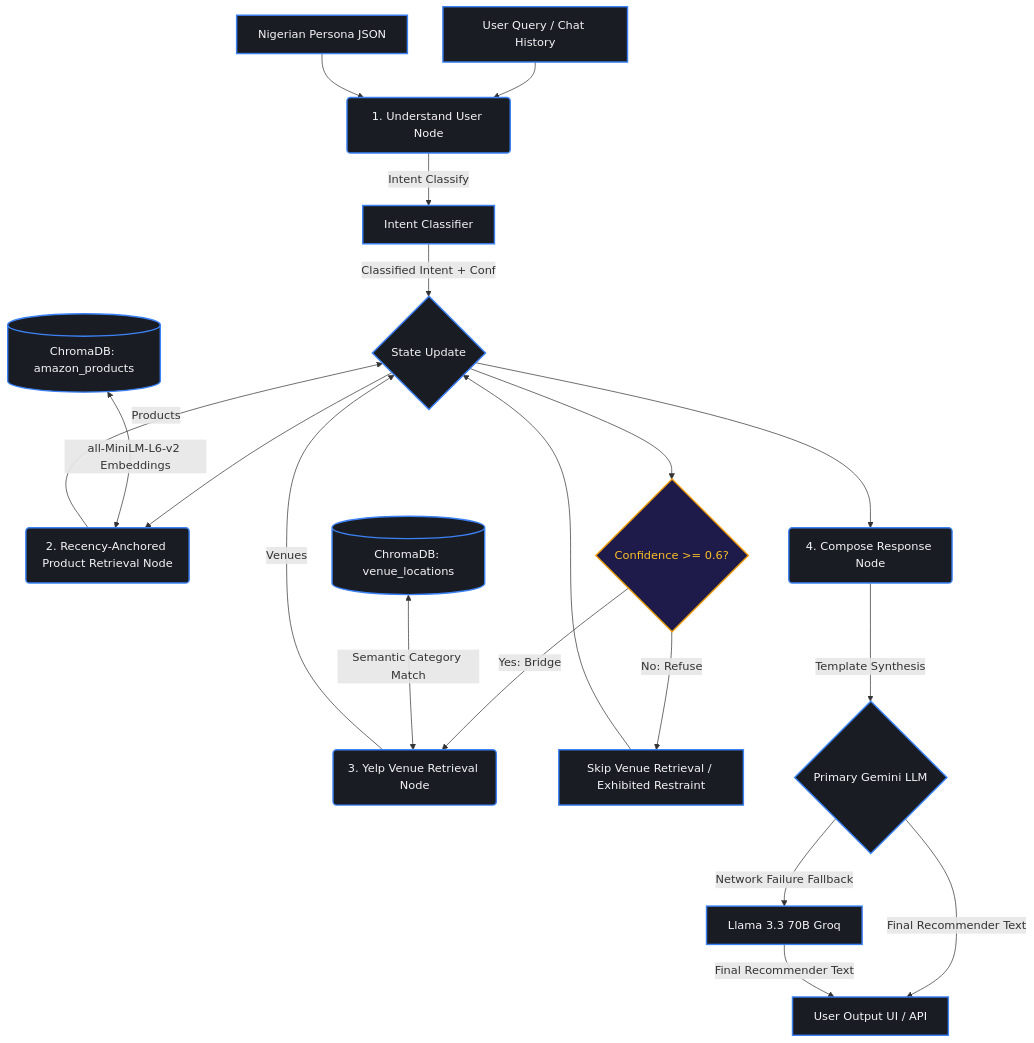
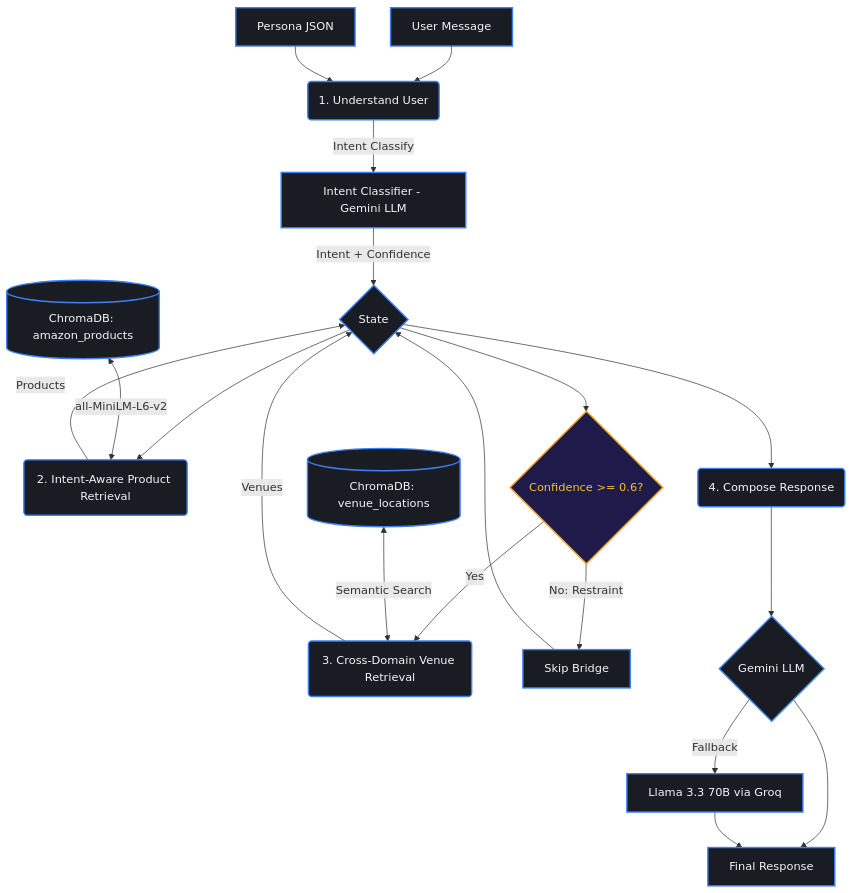
Before and after one commit to Olaiwonismail/OmniNaija: the diagram in README.md, drawn with Mermaid. The commit also changed other lines of this file, not shown here.

````diff
--- a/README.md
+++ b/README.md
@@ -24,33 +132,32 @@
 ```mermaid
 graph TD
-    classDef default fill:#1a1c23,stroke:#3b82f6,stroke-width:2px,color:#f3f4f6;
-    classDef data fill:#0f172a,stroke:#10b981,stroke-width:2px,color:#34d399;
-    classDef condition fill:#1e1b4b,stroke:#f59e0b,stroke-width:2px,color:#fbbf24;
+    classDef default fill:#1a1c23,stroke:#3b82f6,stroke-width:2px,color:#f3f4f6
+    classDef data fill:#0f172a,stroke:#10b981,stroke-width:2px,color:#34d399
+    classDef condition fill:#1e1b4b,stroke:#f59e0b,stroke-width:2px,color:#fbbf24
 
-    U[User Query / Chat History] --> N1(1. Understand User Node)
-    P[Nigerian Persona JSON] --> N1
-    
-    N1 -->|Intent Classify| IC[Intent Classifier]
-    IC -->|Classified Intent + Conf| STATE{State Update}
-    
-    STATE --> N2(2. Recency-Anchored Product Retrieval Node)
-    DB1[(ChromaDB: amazon_products)] <-->|all-MiniLM-L6-v2 Embeddings| N2
-    
+    U[User Message] --> N1(1. Understand User)
+    P[Persona JSON] --> N1
+
+    N1 -->|Intent Classify| IC[Intent Classifier - Gemini LLM]
+    IC -->|Intent + Confidence| STATE{State}
+
+    STATE --> N2(2. Intent-Aware Product Retrieval)
+    DB1[(ChromaDB: amazon_products)] <-->|all-MiniLM-L6-v2| N2
+
     N2 -->|Products| STATE
-    
-    STATE --> COND{Confidence >= 0.6?}:::condition
-    
-    COND -->|Yes: Bridge| N4(3. Yelp Venue Retrieval Node)
-    DB2[(ChromaDB: venue_locations)] <-->|Semantic Category Match| N4
+
+    STATE --> COND{"Confidence >= 0.6?"}:::condition
+
+    COND -->|Yes| N4(3. Cross-Domain Venue Retrieval)
+    DB2[(ChromaDB: venue_locations)] <-->|Semantic Search| N4
     N4 -->|Venues| STATE
-    
-    COND -->|No: Refuse| N_SKIP[Skip Venue Retrieval / Exhibited Restraint]
-    N_SKIP --> STATE
-    
-    STATE --> N5(4. Compose Response Node)
-    N5 -->|Template Synthesis| LLM{Primary Gemini LLM}
-    LLM -->|Network Failure Fallback| LLM2[Llama 3.3 70B Groq]
-    
-    LLM -->|Final Recommender Text| OUT[User Output UI / API]
-    LLM2 -->|Final Recommender Text| OUT
+
+    COND -->|No: Restraint| SKIP[Skip Bridge]
+    SKIP --> STATE
+
+    STATE --> N5(4. Compose Response)
+    N5 --> LLM{Gemini LLM}
+    LLM -->|Fallback| LLM2[Llama 3.3 70B via Groq]
+    LLM --> OUT[Final Response]
+    LLM2 --> OUT
 ```
````
